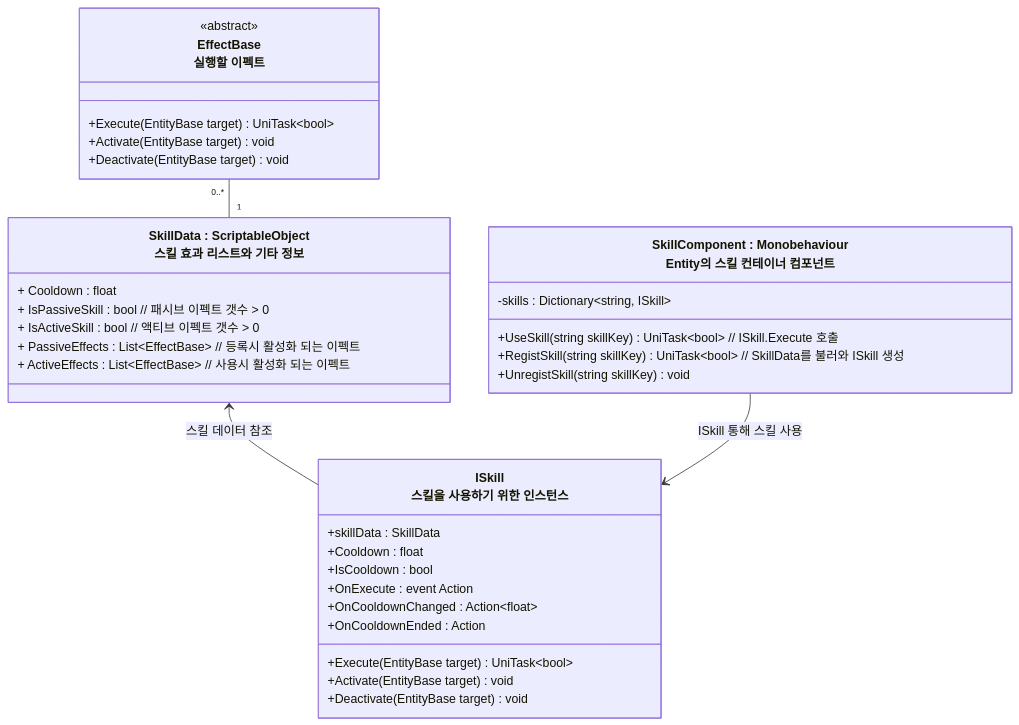
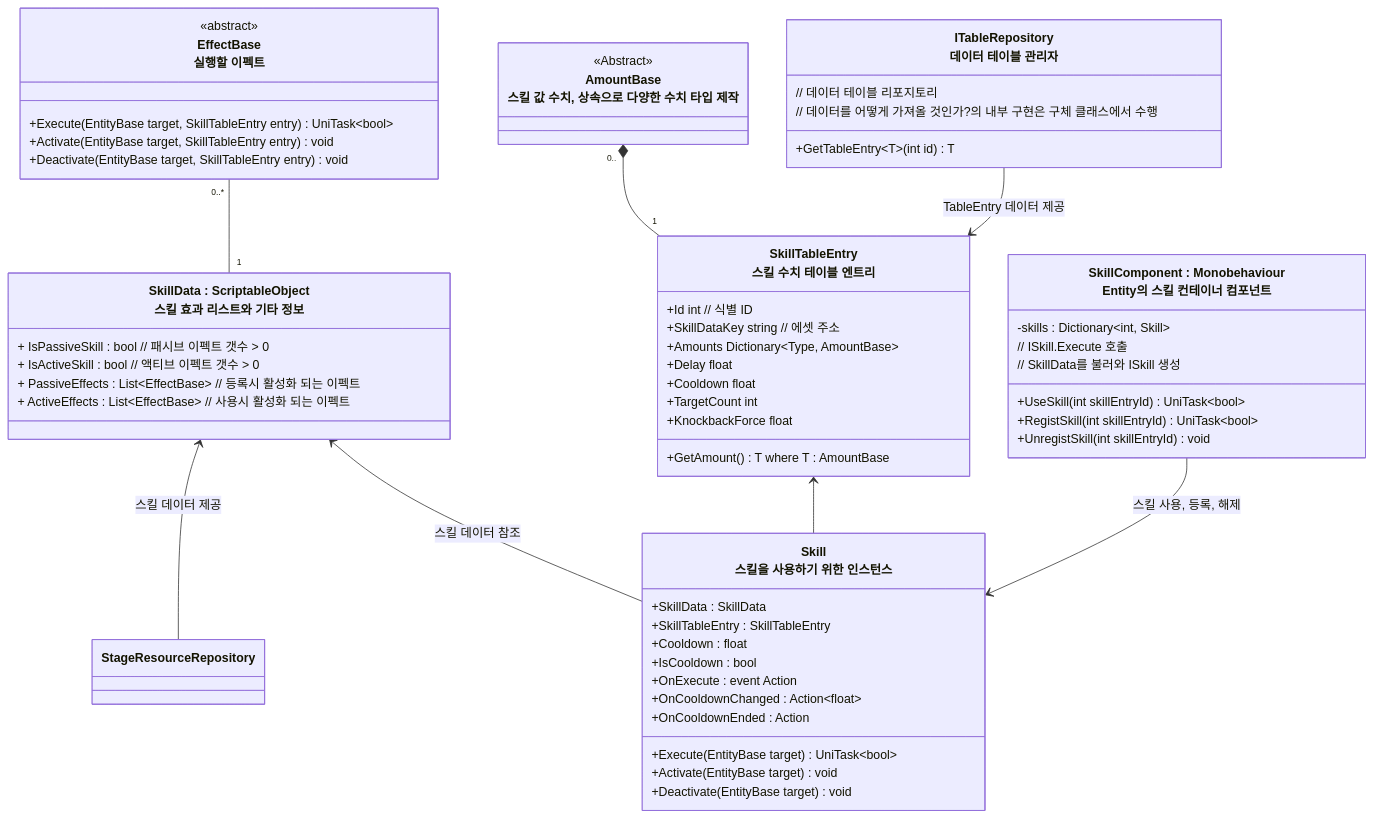
Before and after one commit to JIN5EOK/DungeonShooter: the first of 4 diagrams in README/스킬시스템_설계.md, drawn with Mermaid. The commit also changed other lines of this file and 1 other file, not shown here.

````diff
--- a/README/스킬시스템_설계.md
+++ b/README/스킬시스템_설계.md
@@ -7,39 +7,66 @@
 ```mermaid
 classDiagram
     class EffectBase["EffectBase<br>실행할 이펙트"]{
         <<abstract>>
-        +Execute(EntityBase target) UniTask~bool~
-        +Activate(EntityBase target) void
-        +Deactivate(EntityBase target) void
+        +Execute(EntityBase target, SkillTableEntry entry) UniTask~bool~
+        +Activate(EntityBase target, SkillTableEntry entry) void
+        +Deactivate(EntityBase target, SkillTableEntry entry) void
     }
     
     class SkillData["SkillData : ScriptableObject<br>스킬 효과 리스트와 기타 정보"]{
-        + Cooldown : float
 		+ IsPassiveSkill : bool // 패시브 이펙트 갯수 > 0
 		+ IsActiveSkill : bool // 액티브 이펙트 갯수 > 0
         + PassiveEffects : List~EffectBase~ // 등록시 활성화 되는 이펙트
         + ActiveEffects : List~EffectBase~ // 사용시 활성화 되는 이펙트
     }
 
-    class ISkill["ISkill<br>스킬을 사용하기 위한 인스턴스"]{
-        +skillData : SkillData
+    class Skill["Skill<br>스킬을 사용하기 위한 인스턴스"]{
+        +SkillData : SkillData
+        +SkillTableEntry : SkillTableEntry
         +Cooldown : float
         +IsCooldown : bool
         +OnExecute : event Action
         +OnCooldownChanged : Action~float~
         +OnCooldownEnded : Action
         +Execute(EntityBase target) UniTask~bool~
         +Activate(EntityBase target) void
         +Deactivate(EntityBase target) void
     }
 
+	class SkillTableEntry["SkillTableEntry<br>스킬 수치 테이블 엔트리"]{
+		+Id int // 식별 ID
+		+SkillDataKey string // 에셋 주소
+		+Amounts Dictionary~Type, AmountBase~
+		+Delay float
+		+Cooldown float
+		+TargetCount int
+		+KnockbackForce float
+		+GetAmount<T>() T where T : AmountBase
+	}
+
+	class AmountBase["AmountBase<br>스킬 값 수치, 상속으로 다양한 수치 타입 제작"]{
+		<<Abstract>>
+	}
+	
     class SkillComponent["SkillComponent : Monobehaviour<br>Entity의 스킬 컨테이너 컴포넌트"]{
-        -skills : Dictionary~string, ISkill~
-        +UseSkill(string skillKey) UniTask~bool~ // ISkill.Execute 호출
-        +RegistSkill(string skillKey) UniTask~bool~ // SkillData를 불러와 ISkill 생성 
-        +UnregistSkill(string skillKey) void
+        -skills : Dictionary~int, Skill~
+        +UseSkill(int skillEntryId) UniTask~bool~
+        // ISkill.Execute 호출
+        +RegistSkill(int skillEntryId) UniTask~bool~
+        // SkillData를 불러와 ISkill 생성 
+        +UnregistSkill(int skillEntryId) void
     }
-    SkillData <-- ISkill : 스킬 데이터 참조
+    
+	class ITableRepository["ITableRepository<br>데이터 테이블 관리자"]{
+		// 데이터 테이블 리포지토리
+		// 데이터를 어떻게 가져올 것인가?의 내부 구현은 구체 클래스에서 수행
+		+GetTableEntry~T~(int id) T
+	}
+	AmountBase "0.."*--"1" SkillTableEntry
+	SkillData <-- StageResourceRepository : 스킬 데이터 제공
+    SkillTableEntry <-- Skill
+    SkillData <-- Skill : 스킬 데이터 참조
     EffectBase "0..*"--"1" SkillData
-    SkillComponent --> ISkill  : ISkill 통해 스킬 사용
+    SkillComponent --> Skill  : 스킬 사용, 등록, 해제 
+    ITableRepository --> SkillTableEntry : TableEntry 데이터 제공
 ```
````
